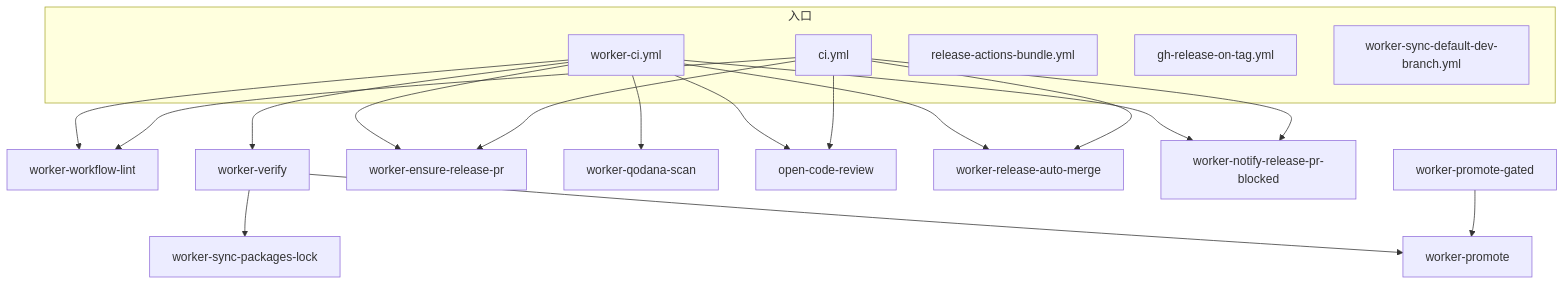
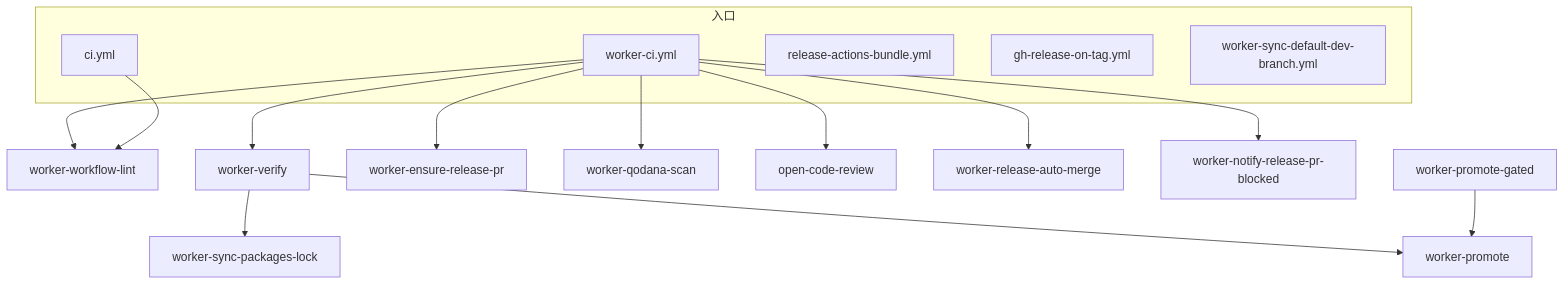
One commit to workers-world/worker-actions changed the first of 18 diagrams in docs/actions-workflows.md. Above: the diagram before and after it, drawn with Mermaid. The commit also changed other lines of this file and 11 other files, not shown here.

````diff
--- a/docs/actions-workflows.md
+++ b/docs/actions-workflows.md
@@ -42,30 +42,25 @@
 ```mermaid
 flowchart TB
   subgraph entry [入口]
     WCI[worker-ci.yml]
     CI[ci.yml]
     REL[release-actions-bundle.yml]
     GHR[gh-release-on-tag.yml]
     SYNC[worker-sync-default-dev-branch.yml]
   end
 
   WCI --> WL[worker-workflow-lint]
   WCI --> WV[worker-verify]
   WCI --> ERP[worker-ensure-release-pr]
   WCI --> QOD[worker-qodana-scan]
   WCI --> OCR[open-code-review]
   WCI --> RAM[worker-release-auto-merge]
   WCI --> NTF[worker-notify-release-pr-blocked]
 
   CI --> WL
-  CI --> ERP
-  CI --> OCR
-  CI --> RAM
-  CI --> NTF
 
   WV --> SPL[worker-sync-packages-lock]
   WV --> PROM[worker-promote]
 
   PG[worker-promote-gated] --> PROM
-
 ```
````
